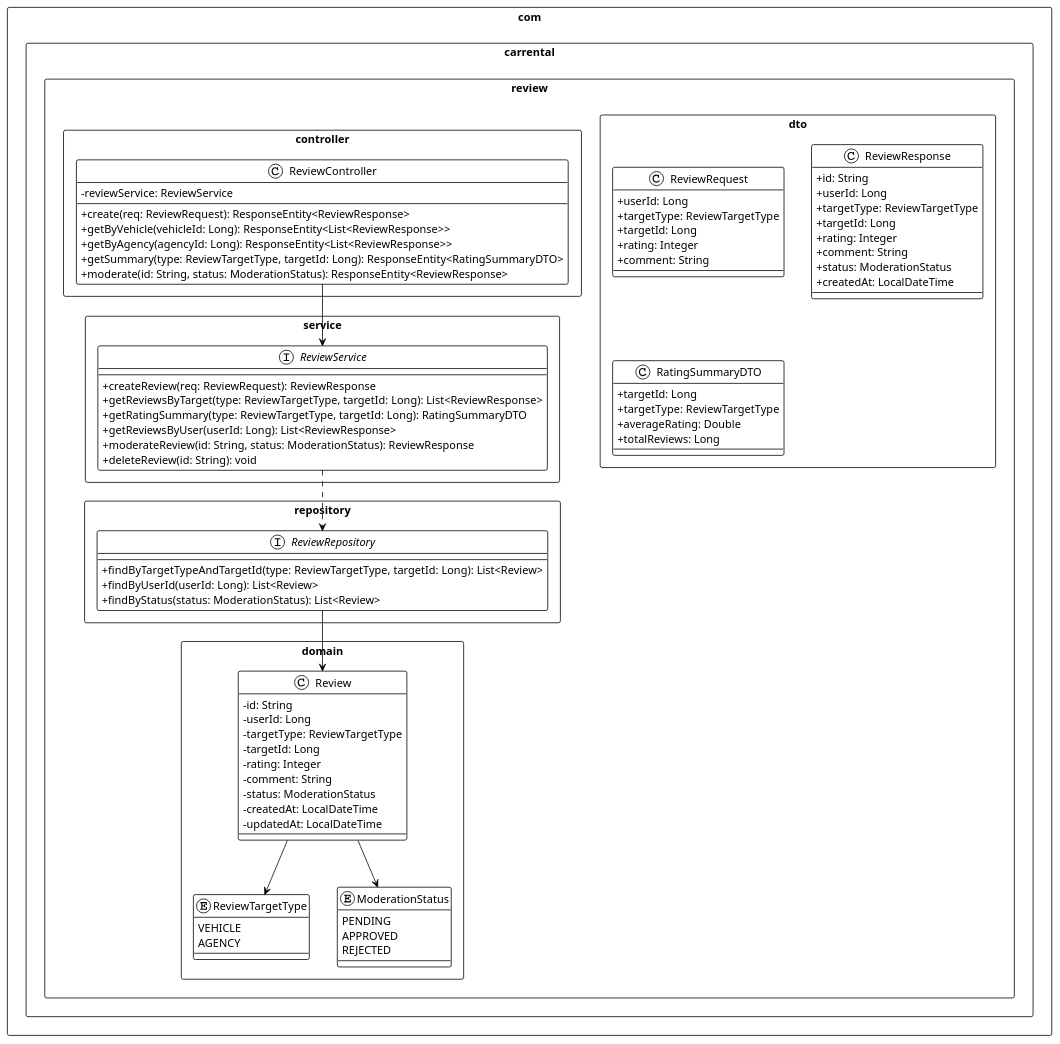
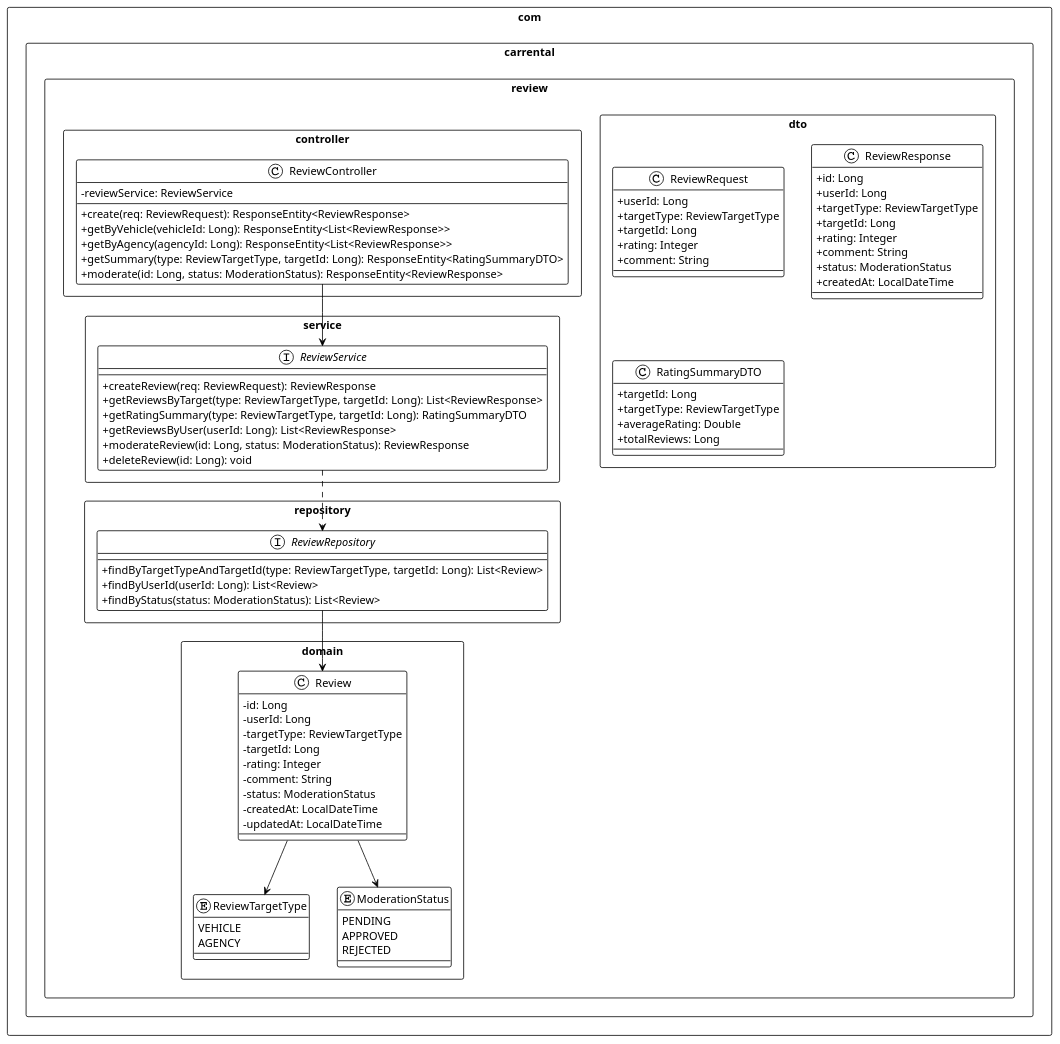
Before and after one commit to rayansayari/awd: the diagram in Documentation/Diagrams/Classes_Review_Service.puml, drawn with PlantUML. The commit also changed 34 other files, not shown here.

```diff
--- a/Documentation/Diagrams/Classes_Review_Service.puml
+++ b/Documentation/Diagrams/Classes_Review_Service.puml
@@ -1,96 +1,96 @@
 @startuml Classes_Review_Service
 !theme plain
 skinparam classAttributeIconSize 0
 skinparam packageStyle rectangle
 
 package "com.carrental.review.domain" {
     enum ReviewTargetType {
         VEHICLE
         AGENCY
     }
 
     enum ModerationStatus {
         PENDING
         APPROVED
         REJECTED
     }
 
     class Review {
-        - id: String
+        - id: Long
         - userId: Long
         - targetType: ReviewTargetType
         - targetId: Long
         - rating: Integer
         - comment: String
         - status: ModerationStatus
         - createdAt: LocalDateTime
         - updatedAt: LocalDateTime
     }
 
     Review --> ReviewTargetType
     Review --> ModerationStatus
 }
 
 package "com.carrental.review.dto" {
     class ReviewRequest {
         + userId: Long
         + targetType: ReviewTargetType
         + targetId: Long
         + rating: Integer
         + comment: String
     }
 
     class ReviewResponse {
-        + id: String
+        + id: Long
         + userId: Long
         + targetType: ReviewTargetType
         + targetId: Long
         + rating: Integer
         + comment: String
         + status: ModerationStatus
         + createdAt: LocalDateTime
     }
 
     class RatingSummaryDTO {
         + targetId: Long
         + targetType: ReviewTargetType
         + averageRating: Double
         + totalReviews: Long
     }
 }
 
 package "com.carrental.review.repository" {
     interface ReviewRepository {
         + findByTargetTypeAndTargetId(type: ReviewTargetType, targetId: Long): List<Review>
         + findByUserId(userId: Long): List<Review>
         + findByStatus(status: ModerationStatus): List<Review>
     }
 }
 
 package "com.carrental.review.service" {
     interface ReviewService {
         + createReview(req: ReviewRequest): ReviewResponse
         + getReviewsByTarget(type: ReviewTargetType, targetId: Long): List<ReviewResponse>
         + getRatingSummary(type: ReviewTargetType, targetId: Long): RatingSummaryDTO
         + getReviewsByUser(userId: Long): List<ReviewResponse>
-        + moderateReview(id: String, status: ModerationStatus): ReviewResponse
-        + deleteReview(id: String): void
+        + moderateReview(id: Long, status: ModerationStatus): ReviewResponse
+        + deleteReview(id: Long): void
     }
 }
 
 package "com.carrental.review.controller" {
     class ReviewController {
         - reviewService: ReviewService
         + create(req: ReviewRequest): ResponseEntity<ReviewResponse>
         + getByVehicle(vehicleId: Long): ResponseEntity<List<ReviewResponse>>
         + getByAgency(agencyId: Long): ResponseEntity<List<ReviewResponse>>
         + getSummary(type: ReviewTargetType, targetId: Long): ResponseEntity<RatingSummaryDTO>
-        + moderate(id: String, status: ModerationStatus): ResponseEntity<ReviewResponse>
+        + moderate(id: Long, status: ModerationStatus): ResponseEntity<ReviewResponse>
     }
 }
 
 ReviewController --> ReviewService
 ReviewService ..> ReviewRepository
 ReviewRepository --> Review
 
 @enduml
```
